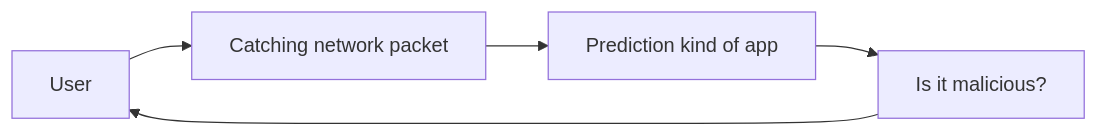
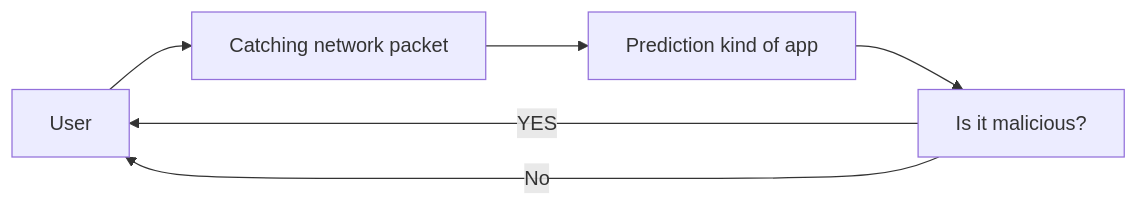
The second of 2 diagrams in README.md (maaelle/architecture_network_analysis), drawn with Mermaid before and after one commit. The commit also changed other lines of this file and 1 other file, not shown here.

````diff
--- a/README.md
+++ b/README.md
@@ -54,12 +54,13 @@
 ```mermaid 
 graph LR
 USR[User]
 L1[Catching network packet]
 L2[Prediction kind of app]
 L3[Is it malicious?]
 
 USR --> L1
 L1 --> L2
 L2 --> L3
-L3 --> USR
+L3 --> |YES| USR
+L3 --> |No| USR
 ```
````
